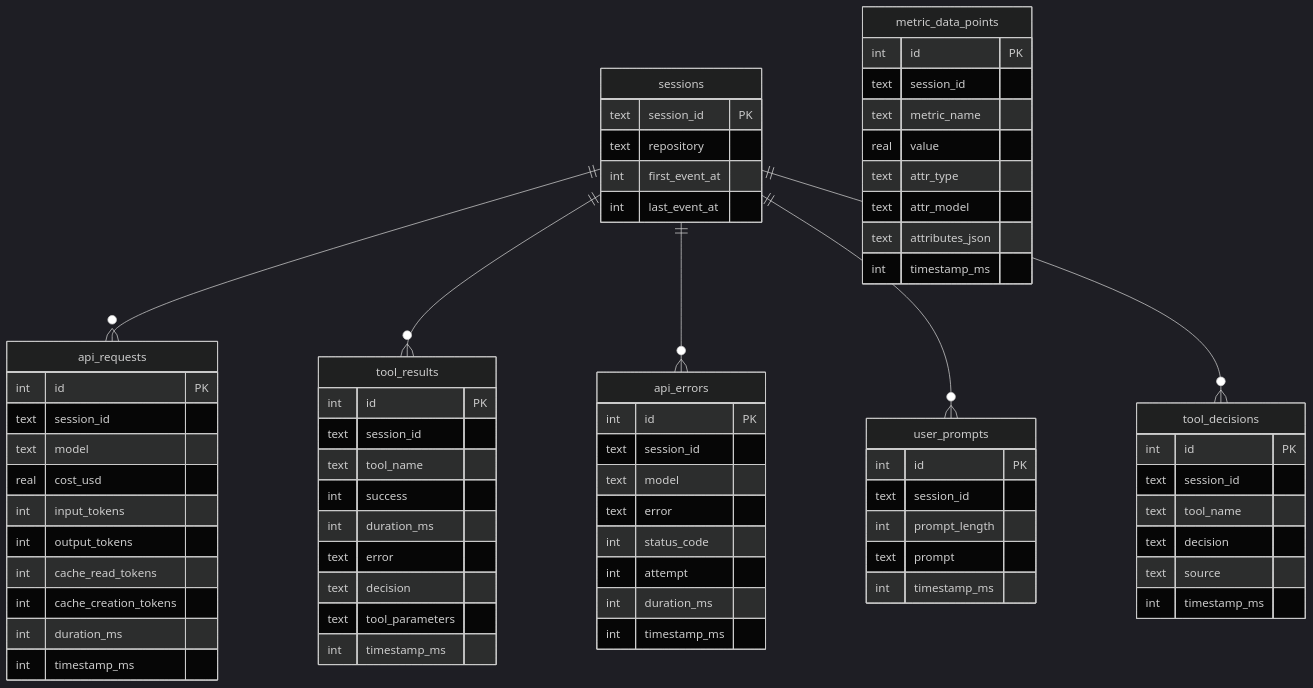
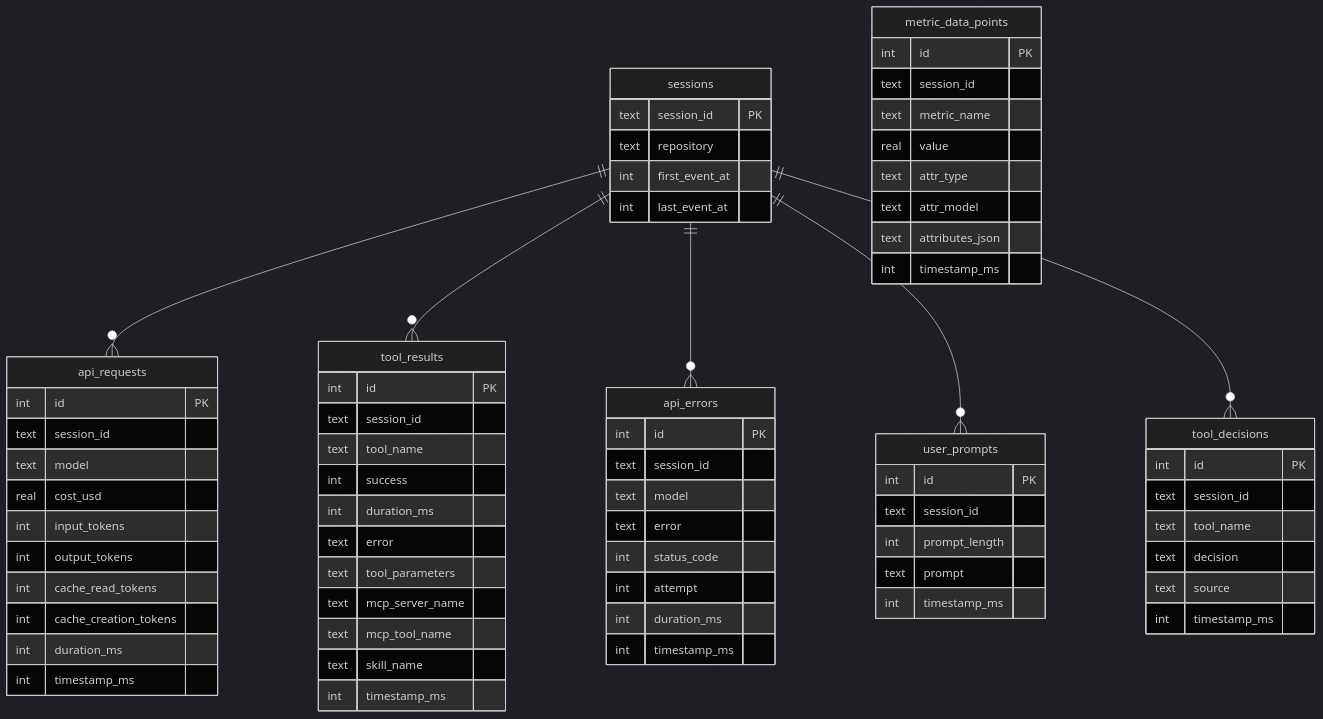
One commit to RyoMa99/cc-dashboard changed the fourth of 4 diagrams in README.md. Above: the diagram before and after it, drawn with Mermaid (dark theme). The commit also changed 1 other file, not shown here.

Commit message:
README の tool_results ER ダイアグラムと CLAUDE.md を migration 0003 に合わせて更新

````diff
--- a/README.md
+++ b/README.md
@@ -101,79 +101,81 @@
 ```mermaid
 erDiagram
     sessions {
         text session_id PK
         text repository
         int first_event_at
         int last_event_at
     }
 
     api_requests {
         int id PK
         text session_id
         text model
         real cost_usd
         int input_tokens
         int output_tokens
         int cache_read_tokens
         int cache_creation_tokens
         int duration_ms
         int timestamp_ms
     }
 
     tool_results {
         int id PK
         text session_id
         text tool_name
         int success
         int duration_ms
         text error
-        text decision
         text tool_parameters
+        text mcp_server_name
+        text mcp_tool_name
+        text skill_name
         int timestamp_ms
     }
 
     api_errors {
         int id PK
         text session_id
         text model
         text error
         int status_code
         int attempt
         int duration_ms
         int timestamp_ms
     }
 
     user_prompts {
         int id PK
         text session_id
         int prompt_length
         text prompt
         int timestamp_ms
     }
 
     tool_decisions {
         int id PK
         text session_id
         text tool_name
         text decision
         text source
         int timestamp_ms
     }
 
     metric_data_points {
         int id PK
         text session_id
         text metric_name
         real value
         text attr_type
         text attr_model
         text attributes_json
         int timestamp_ms
     }
 
     sessions ||--o{ api_requests : ""
     sessions ||--o{ tool_results : ""
     sessions ||--o{ api_errors : ""
     sessions ||--o{ user_prompts : ""
     sessions ||--o{ tool_decisions : ""
 ```
````
